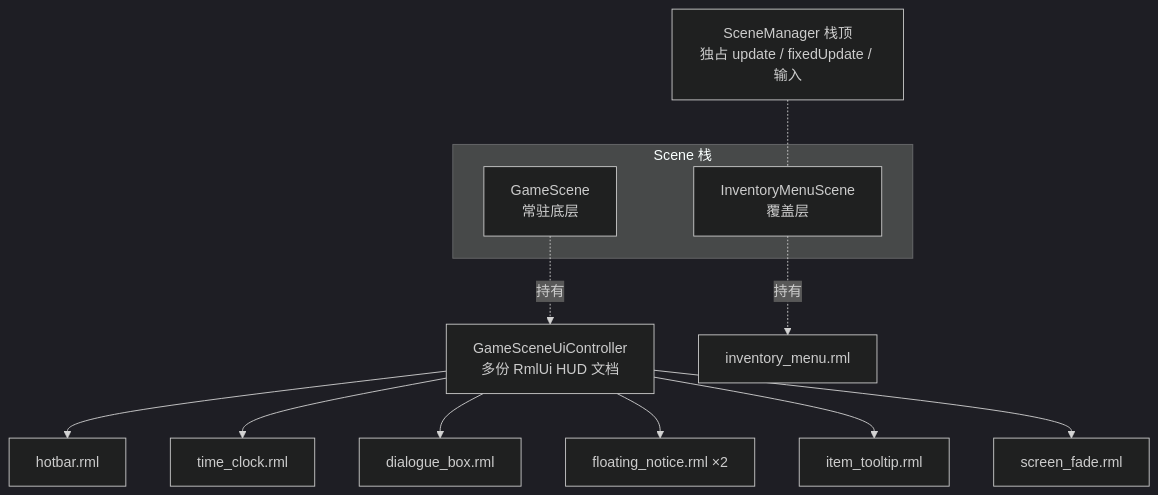
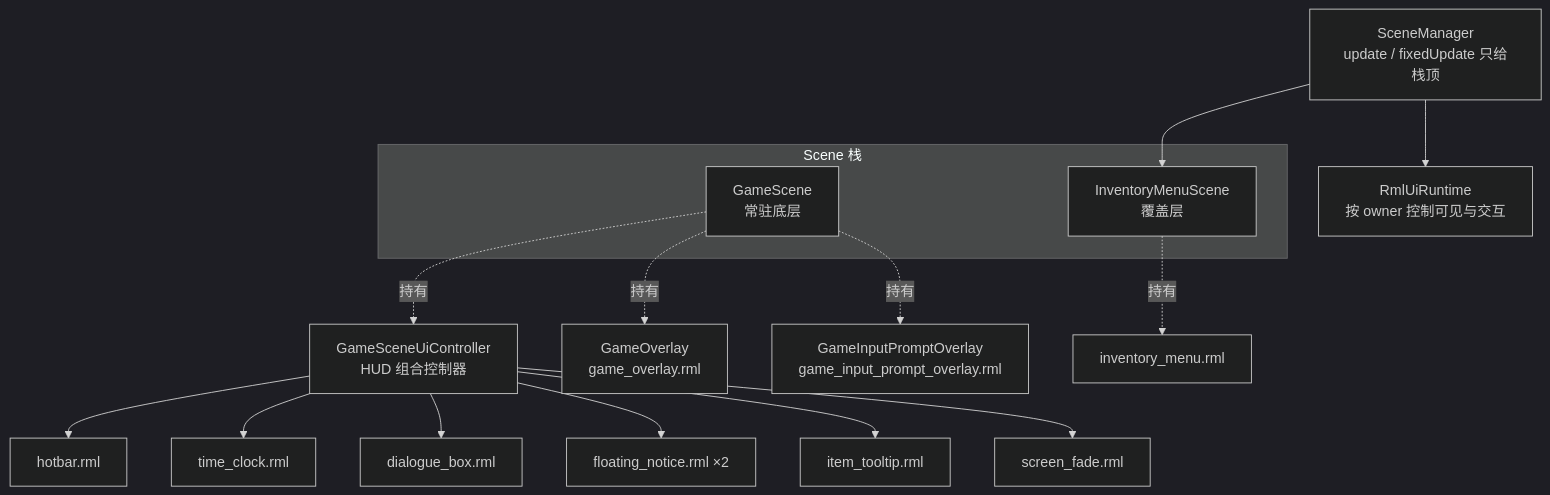
One commit to WispSnow/TinyFarmRPG changed the first of 3 diagrams in lecture_plans/lectures/04-HUD与覆盖式场景.md. Above: the diagram before and after it, drawn with Mermaid (dark theme). The commit also changed other lines of this file and 8 other files, not shown here.

````diff
--- a/lecture_plans/lectures/04-HUD与覆盖式场景.md
+++ b/lecture_plans/lectures/04-HUD与覆盖式场景.md
@@ -40,17 +41,21 @@
 ```mermaid
 flowchart TB
-    SM["SceneManager 栈顶<br/>独占 update / fixedUpdate / 输入"]
+    SM["SceneManager<br/>update / fixedUpdate 只给栈顶"]
+    RML["RmlUiRuntime<br/>按 owner 控制可见与交互"]
     subgraph STK["Scene 栈"]
         GS["GameScene<br/>常驻底层"]
         IM["InventoryMenuScene<br/>覆盖层"]
     end
-    GS -.持有.-> HUD["GameSceneUiController<br/>多份 RmlUi HUD 文档"]
+    GS -.持有.-> HUD["GameSceneUiController<br/>HUD 组合控制器"]
+    GS -.持有.-> GO["GameOverlay<br/>game_overlay.rml"]
+    GS -.持有.-> PROMPT["GameInputPromptOverlay<br/>game_input_prompt_overlay.rml"]
     HUD --> HotbarDoc["hotbar.rml"]
     HUD --> ClockDoc["time_clock.rml"]
     HUD --> DialogDoc["dialogue_box.rml"]
     HUD --> NoticeDoc["floating_notice.rml ×2"]
     HUD --> TipDoc["item_tooltip.rml"]
     HUD --> FadeDoc["screen_fade.rml"]
     IM -.持有.-> MenuDoc["inventory_menu.rml"]
-    SM -.- IM
+    SM --> IM
+    SM --> RML
 ```
````
